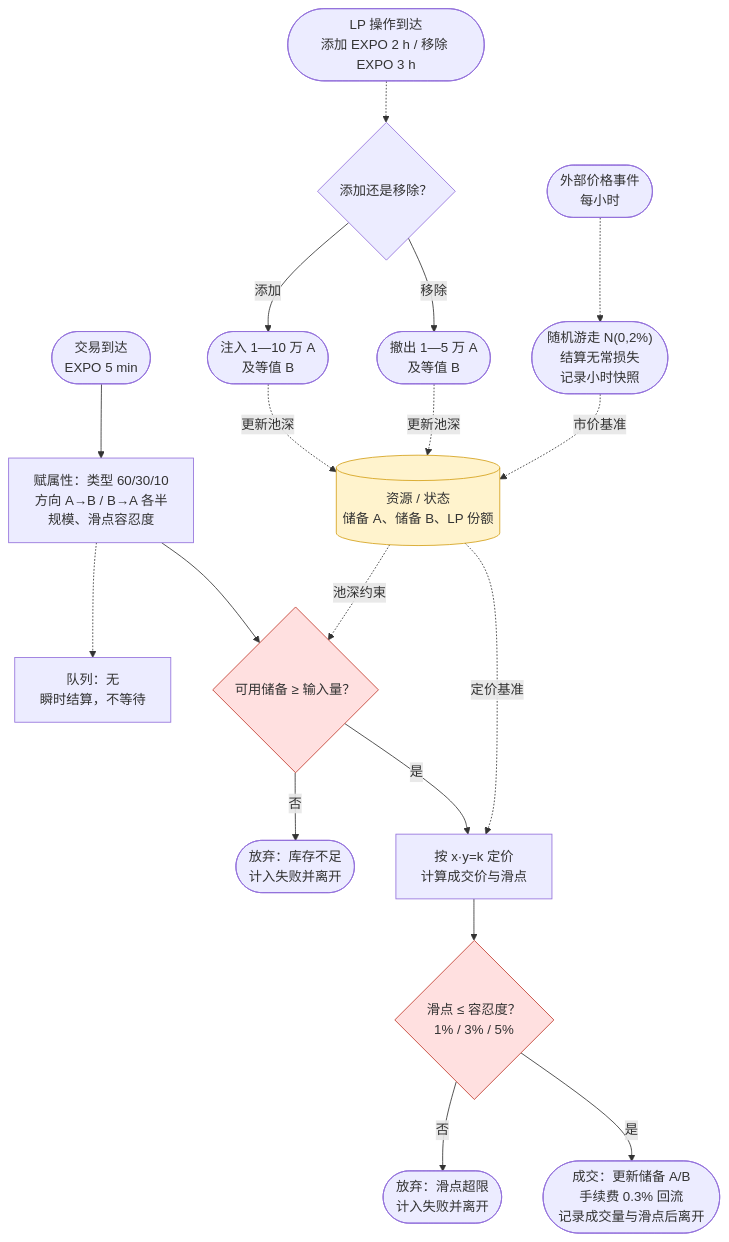
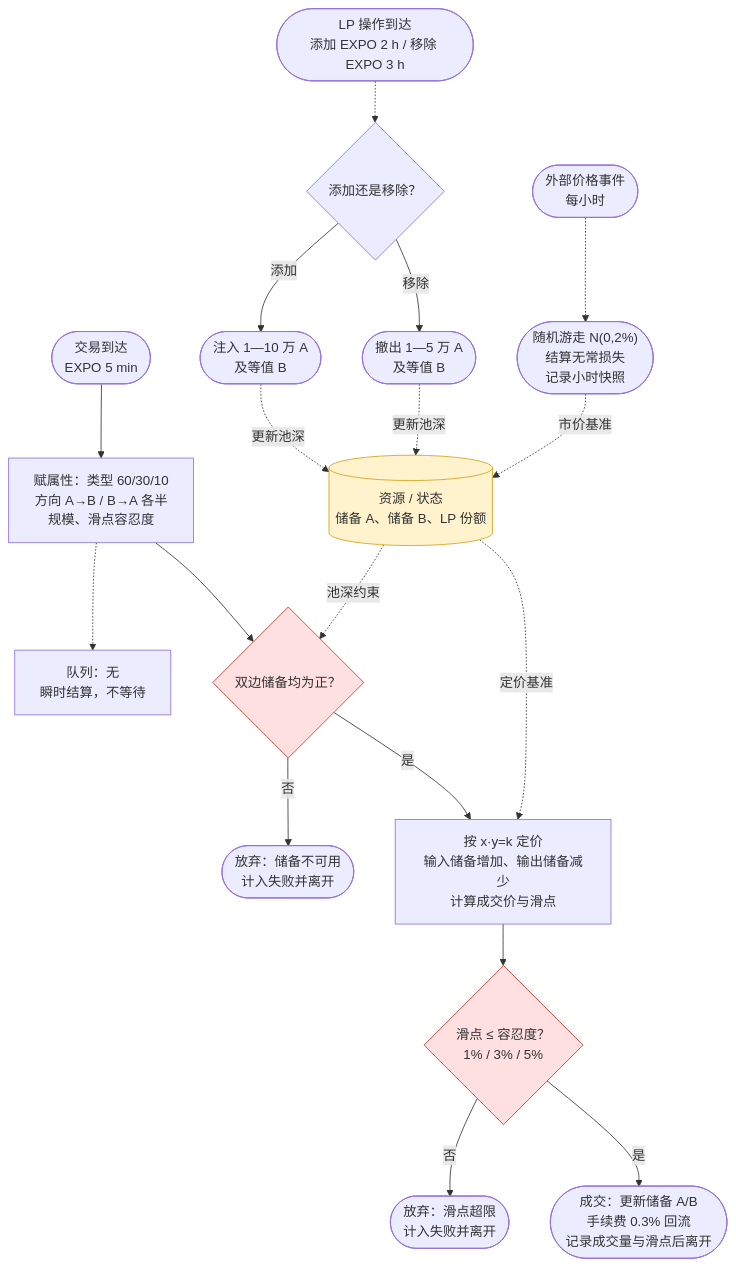
The diagram in docs/diagrams/flowchart_week2.mmd (001eander/defi-pool-simulator), drawn with Mermaid before and after one commit. The commit also changed 25 other files, not shown here.

```diff
--- a/docs/diagrams/flowchart_week2.mmd
+++ b/docs/diagrams/flowchart_week2.mmd
@@ -1,25 +1,25 @@
 flowchart TD
     T1([交易到达<br/>EXPO 5 min]) --> A1["赋属性：类型 60/30/10<br/>方向 A→B / B→A 各半<br/>规模、滑点容忍度"]
     A1 -.-> Q0["队列：无<br/>瞬时结算，不等待"]
-    A1 --> D1{"可用储备 ≥ 输入量？"}
-    D1 -- 否 --> F1(["放弃：库存不足<br/>计入失败并离开"])
-    D1 -- 是 --> C1["按 x·y=k 定价<br/>计算成交价与滑点"]
+    A1 --> D1{"双边储备均为正？"}
+    D1 -- 否 --> F1(["放弃：储备不可用<br/>计入失败并离开"])
+    D1 -- 是 --> C1["按 x·y=k 定价<br/>输入储备增加、输出储备减少<br/>计算成交价与滑点"]
     C1 --> D2{"滑点 ≤ 容忍度？<br/>1% / 3% / 5%"}
     D2 -- 否 --> F2(["放弃：滑点超限<br/>计入失败并离开"])
     D2 -- 是 --> C2(["成交：更新储备 A/B<br/>手续费 0.3% 回流<br/>记录成交量与滑点后离开"])
 
     L1(["LP 操作到达<br/>添加 EXPO 2 h / 移除 EXPO 3 h"]) -.-> D3{"添加还是移除？"}
     D3 -- 添加 --> L2(["注入 1—10 万 A<br/>及等值 B"])
     D3 -- 移除 --> L4(["撤出 1—5 万 A<br/>及等值 B"])
     L2 -. 更新池深 .-> S
     L4 -. 更新池深 .-> S
 
     E1(["外部价格事件<br/>每小时"]) -.-> E2(["随机游走 N(0,2%)<br/>结算无常损失<br/>记录小时快照"])
     E2 -. 市价基准 .-> S
 
     S[("资源 / 状态<br/>储备 A、储备 B、LP 份额")] -. 池深约束 .-> D1
     S -. 定价基准 .-> C1
 
     style S fill:#fff3cd,stroke:#d4a017
     style D1 fill:#ffe0e0,stroke:#c0392b
     style D2 fill:#ffe0e0,stroke:#c0392b
```
